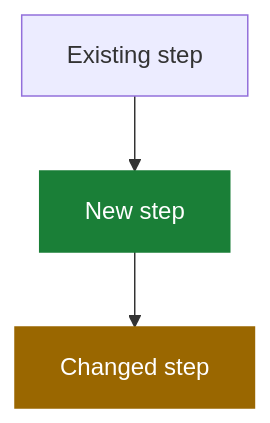
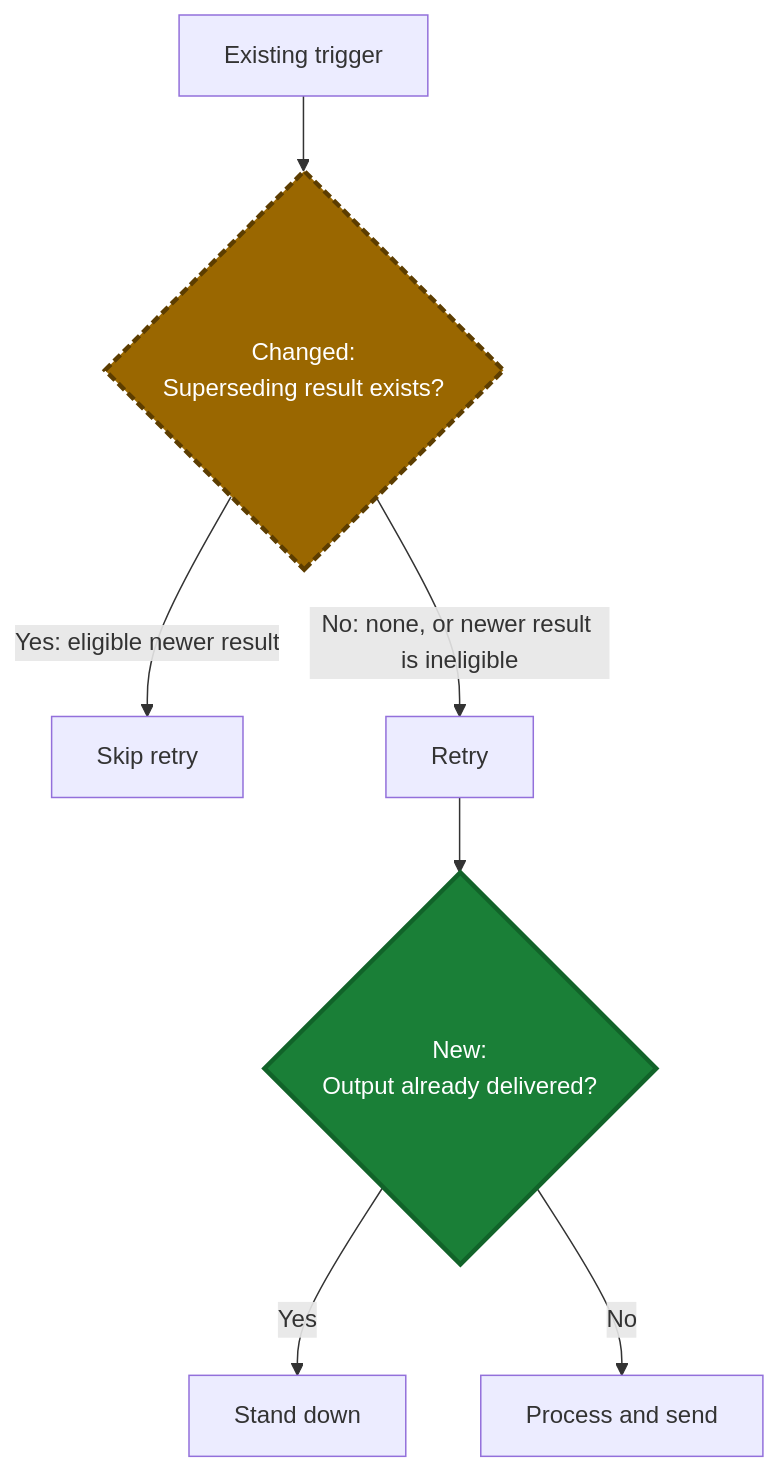
The diagram in skills/write-pr-description/SKILL.md (Soare-Robert-Daniel/skills), drawn with Mermaid before and after one commit. The commit also changed other lines of this file, not shown here.

Commit message:
write-pr-description: improve workflow diagrams

````diff
--- a/skills/write-pr-description/SKILL.md
+++ b/skills/write-pr-description/SKILL.md
@@ -40,8 +52,12 @@
 ```mermaid
 flowchart TD
-    A[Existing step] --> B[New step]:::added
-    B --> C[Changed step]:::changed
+    A[Existing trigger] --> B{Changed:<br/>Superseding result exists?}:::changed
+    B -- "Yes: eligible newer result" --> C[Skip retry]
+    B -- "No: none, or newer result is ineligible" --> D[Retry]
+    D --> E{New:<br/>Output already delivered?}:::added
+    E -- Yes --> F[Stand down]
+    E -- No --> G[Process and send]
 
-    classDef added fill:#1a7f37,color:#fff,stroke:#1a7f37
-    classDef changed fill:#9a6700,color:#fff,stroke:#9a6700
+    classDef added fill:#1a7f37,color:#fff,stroke:#116329,stroke-width:3px
+    classDef changed fill:#9a6700,color:#fff,stroke:#5c3d00,stroke-width:3px,stroke-dasharray:6 3
 ```
````
